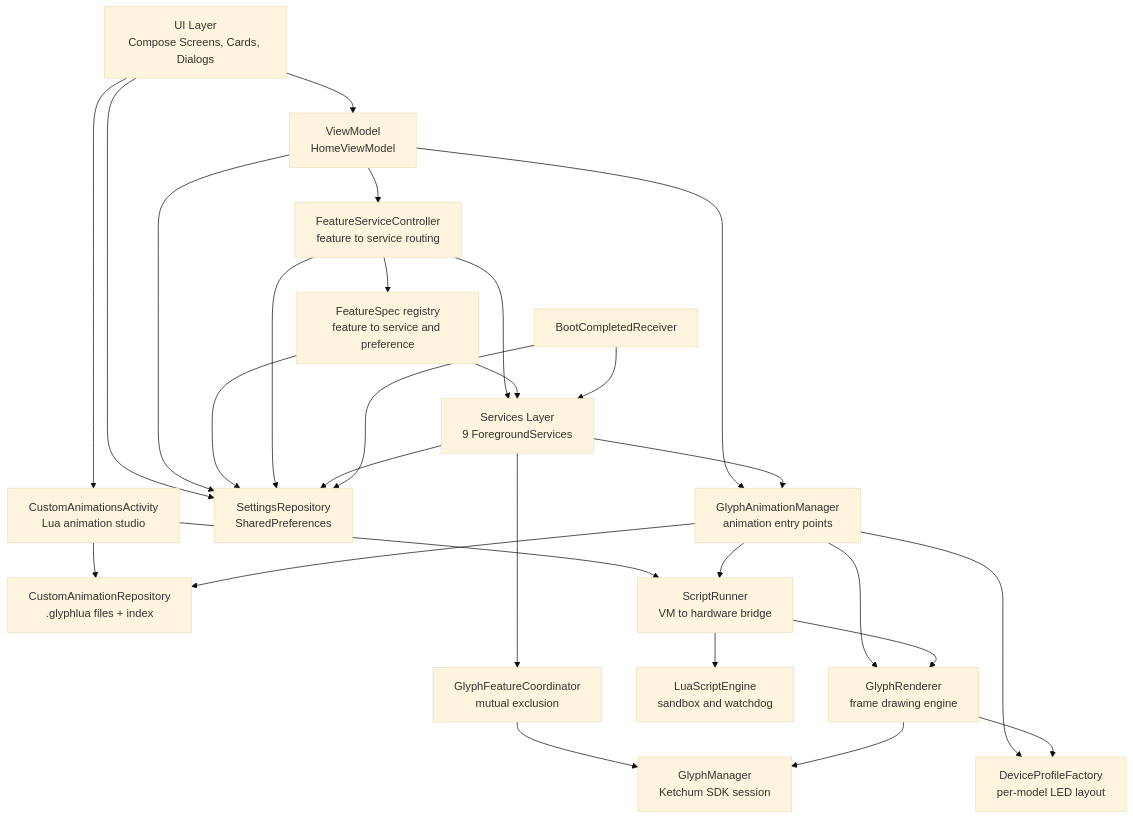
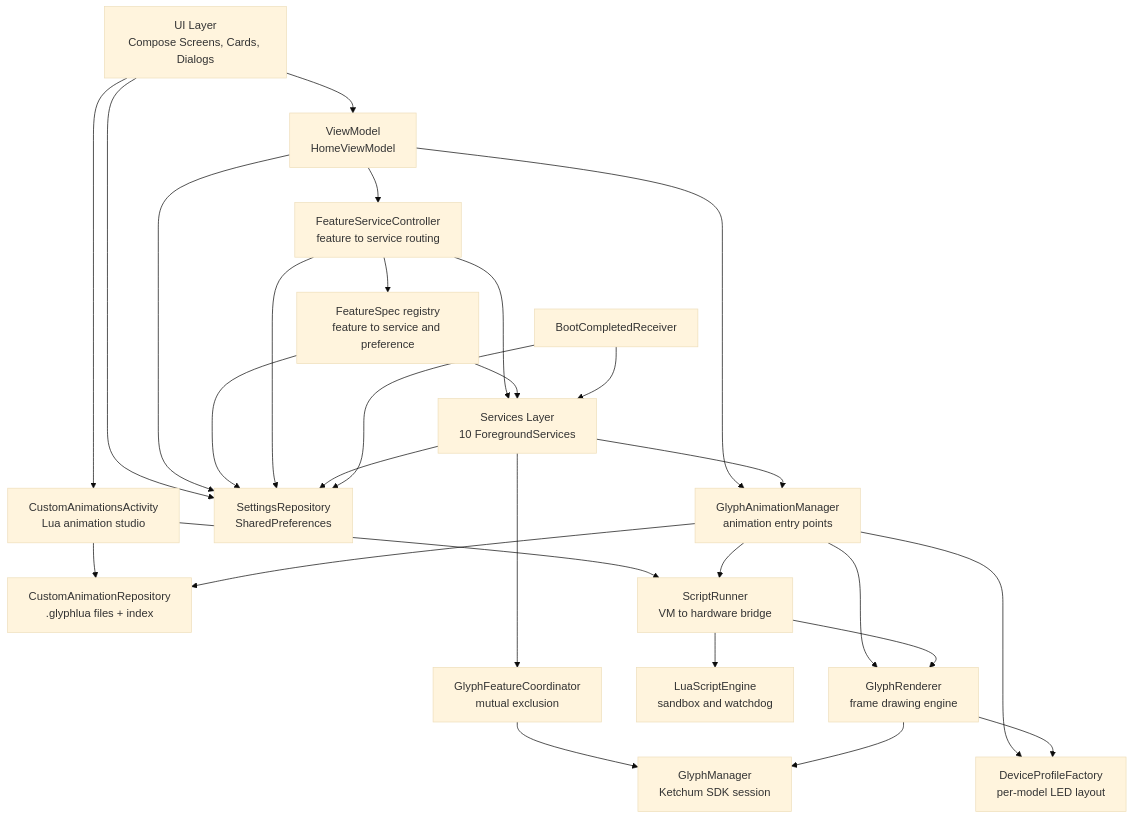
The diagram in docs/DOCUMENTATION_EN.md (hardWorker254/Glyph-Sharge-fork), drawn with Mermaid (base theme) before and after one commit. The commit also changed other lines of this file and 47 other files, not shown here.

````diff
--- a/docs/DOCUMENTATION_EN.md
+++ b/docs/DOCUMENTATION_EN.md
@@ -124,47 +124,47 @@
 ```mermaid
 graph TD
     UI["UI Layer<br/>Compose Screens, Cards, Dialogs"]
     STUDIO["CustomAnimationsActivity<br/>Lua animation studio"]
     VM["ViewModel<br/>HomeViewModel"]
-    SVC["Services Layer<br/>9 ForegroundServices"]
+    SVC["Services Layer<br/>10 ForegroundServices"]
     CTRL["FeatureServiceController<br/>feature to service routing"]
     SPEC["FeatureSpec registry<br/>feature to service and preference"]
     REPO["SettingsRepository<br/>SharedPreferences"]
     CREPO["CustomAnimationRepository<br/>.glyphlua files + index"]
     COORD["GlyphFeatureCoordinator<br/>mutual exclusion"]
     GM["GlyphManager<br/>Ketchum SDK session"]
     ANIM["GlyphAnimationManager<br/>animation entry points"]
     SRUN["ScriptRunner<br/>VM to hardware bridge"]
     LUA["LuaScriptEngine<br/>sandbox and watchdog"]
     REND["GlyphRenderer<br/>frame drawing engine"]
     PROF["DeviceProfileFactory<br/>per-model LED layout"]
     BOOT["BootCompletedReceiver"]
 
     UI --> VM
     UI --> REPO
     UI --> STUDIO
     STUDIO --> CREPO
     STUDIO --> SRUN
     VM --> CTRL
     VM --> REPO
     VM --> ANIM
     CTRL --> SVC
     CTRL --> SPEC
     SPEC --> SVC
     SPEC --> REPO
     CTRL --> REPO
     SVC --> REPO
     SVC --> COORD
     SVC --> ANIM
     COORD --> GM
     ANIM --> REND
     ANIM --> PROF
     ANIM --> CREPO
     ANIM --> SRUN
     SRUN --> LUA
     SRUN --> REND
     REND --> GM
     REND --> PROF
     BOOT --> SVC
     BOOT --> REPO
 ```
````
